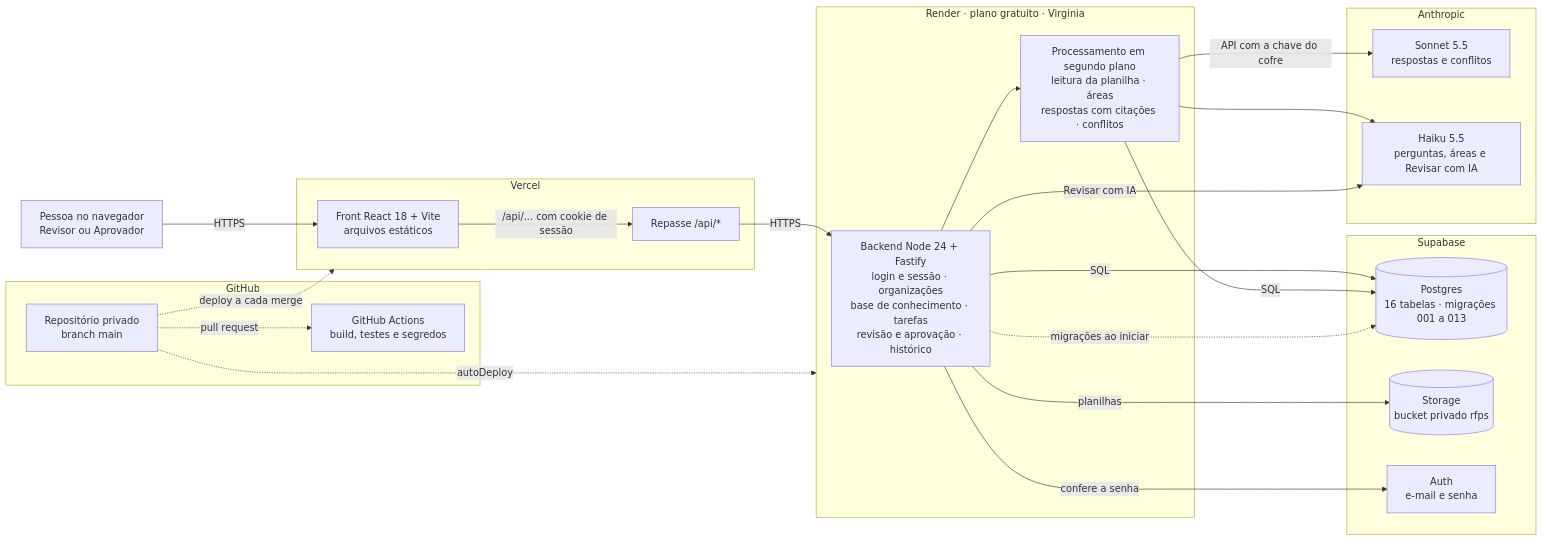
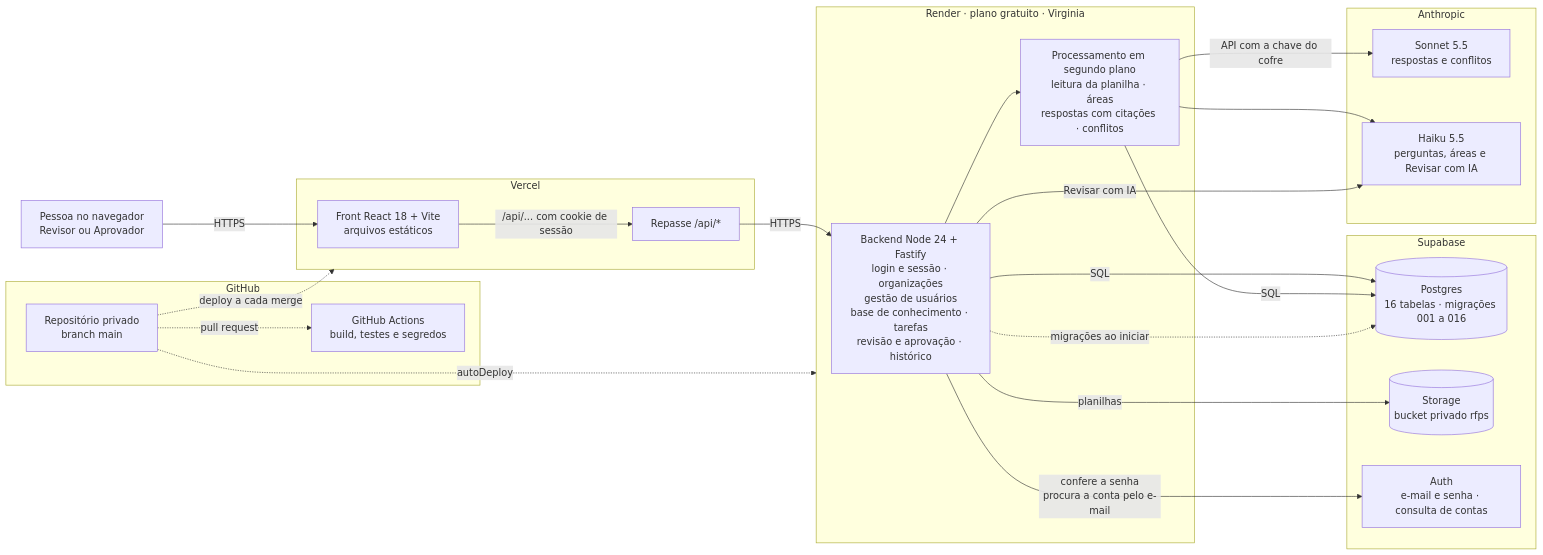
The first of 2 diagrams in docs/mvp-resposta-rfp/product/ARQUITETURA.md (bragarodriguesr/tendra-ai-front), drawn with Mermaid before and after one commit. The commit also changed other lines of this file, not shown here.

First line of the commit message:
Arquitetura: revisão de 18/11/2026 com as fases Q, S, T e U

````diff
--- a/docs/mvp-resposta-rfp/product/ARQUITETURA.md
+++ b/docs/mvp-resposta-rfp/product/ARQUITETURA.md
@@ -64,47 +64,47 @@
 ```mermaid
 flowchart LR
   pessoa["Pessoa no navegador<br/>Revisor ou Aprovador"]
 
   subgraph vercel["Vercel"]
     front["Front React 18 + Vite<br/>arquivos estáticos"]
     rewrite["Repasse /api/*"]
   end
 
   subgraph render["Render · plano gratuito · Virginia"]
-    backend["Backend Node 24 + Fastify<br/>login e sessão · organizações<br/>base de conhecimento · tarefas<br/>revisão e aprovação · histórico"]
+    backend["Backend Node 24 + Fastify<br/>login e sessão · organizações<br/>gestão de usuários<br/>base de conhecimento · tarefas<br/>revisão e aprovação · histórico"]
     processamento["Processamento em segundo plano<br/>leitura da planilha · áreas<br/>respostas com citações · conflitos"]
   end
 
   subgraph supabase["Supabase"]
-    postgres[("Postgres<br/>16 tabelas · migrações 001 a 013")]
+    postgres[("Postgres<br/>16 tabelas · migrações 001 a 016")]
     storage[("Storage<br/>bucket privado rfps")]
-    auth["Auth<br/>e-mail e senha"]
+    auth["Auth<br/>e-mail e senha · consulta de contas"]
   end
 
   subgraph anthropic["Anthropic"]
     sonnet["Sonnet 5.5<br/>respostas e conflitos"]
     haiku["Haiku 5.5<br/>perguntas, áreas e Revisar com IA"]
   end
 
   subgraph github["GitHub"]
     repo["Repositório privado<br/>branch main"]
     ci["GitHub Actions<br/>build, testes e segredos"]
   end
 
   pessoa -->|"HTTPS"| front
   front -->|"/api/... com cookie de sessão"| rewrite
   rewrite -->|"HTTPS"| backend
   backend --> processamento
   backend -->|"SQL"| postgres
   backend -->|"planilhas"| storage
-  backend -->|"confere a senha"| auth
+  backend -->|"confere a senha<br/>procura a conta pelo e-mail"| auth
   processamento -->|"SQL"| postgres
   processamento -->|"API com a chave do cofre"| sonnet
   processamento --> haiku
   backend -->|"Revisar com IA"| haiku
 
   repo -.->|"pull request"| ci
   repo -.->|"deploy a cada merge"| vercel
   repo -.->|"autoDeploy"| render
   backend -.->|"migrações ao iniciar"| postgres
 ```
````
